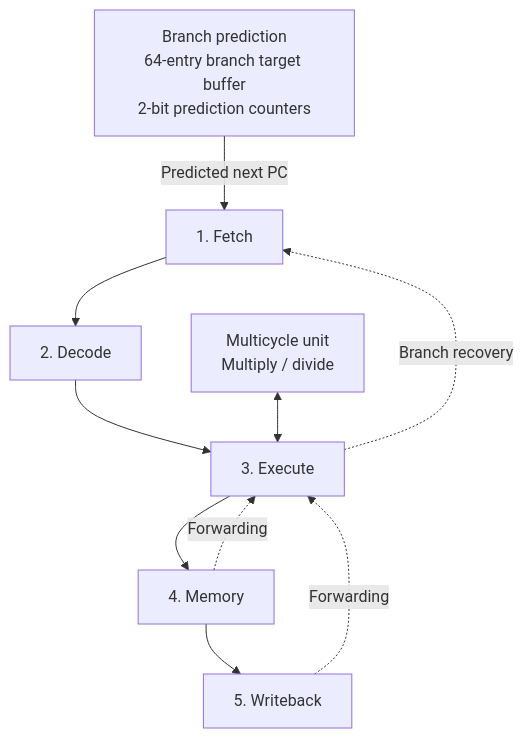
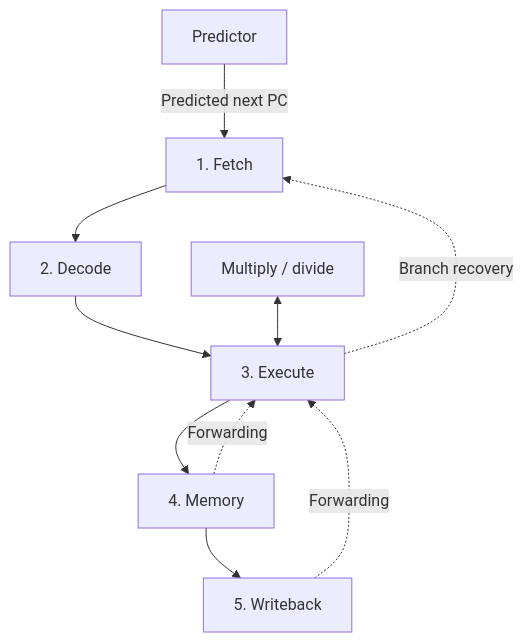
Before and after one commit to asytrix99/FPGA-Based-Pipelined-RISC-V-Processor: the diagram in README.md, drawn with Mermaid. The commit also changed other lines of this file, not shown here.

Commit message:
docs: Fix architecture diagram label clipping

````diff
--- a/README.md
+++ b/README.md
@@ -7,21 +7,21 @@
 ```mermaid
 flowchart TB
-    BP["Branch prediction<br/>64-entry branch target buffer<br/>2-bit prediction counters"]
+    BP["Predictor"]
     F["1. Fetch"]
     D["2. Decode"]
     E["3. Execute"]
     M["4. Memory"]
     W["5. Writeback"]
-    MC["Multicycle unit<br/>Multiply / divide"]
+    MC["Multiply / divide"]
 
     BP -->|Predicted next PC| F
     F --> D
     D --> E
     E --> M
     M --> W
 
     E -.->|Branch recovery| F
     M -.->|Forwarding| E
     W -.->|Forwarding| E
     MC <--> E
 ```
````
